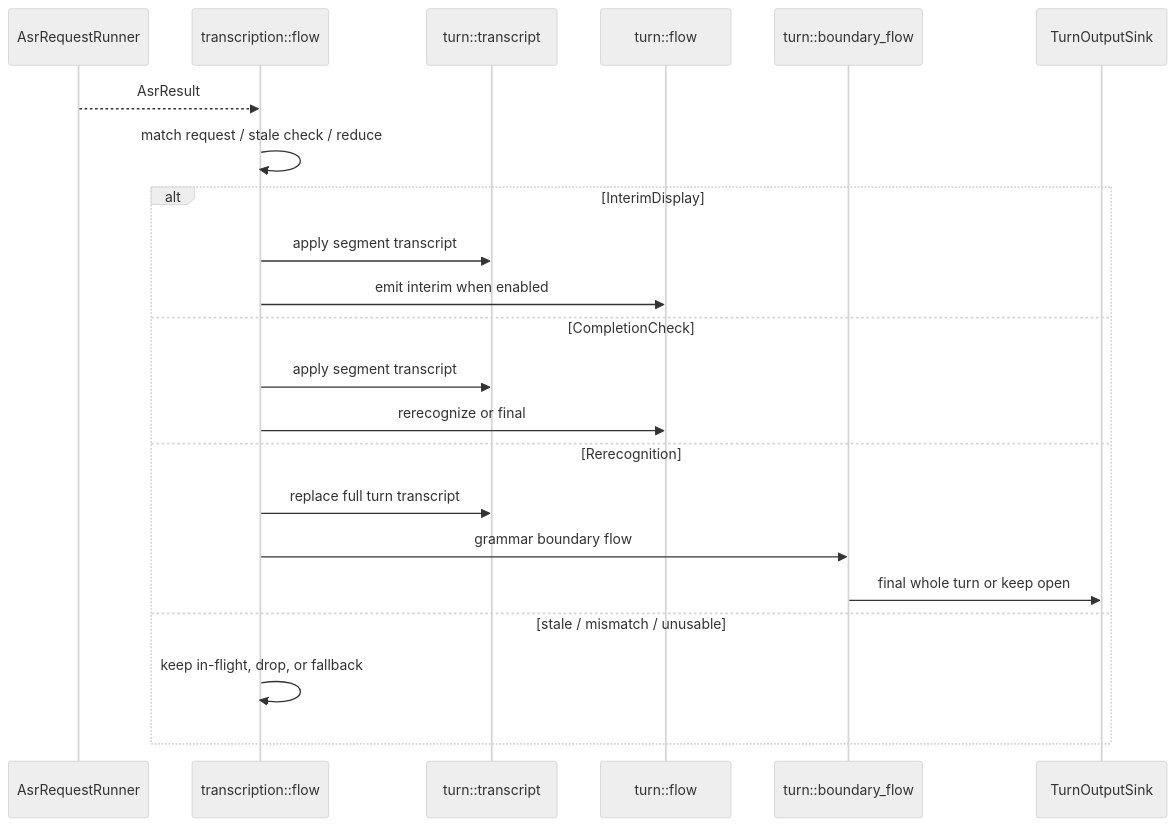
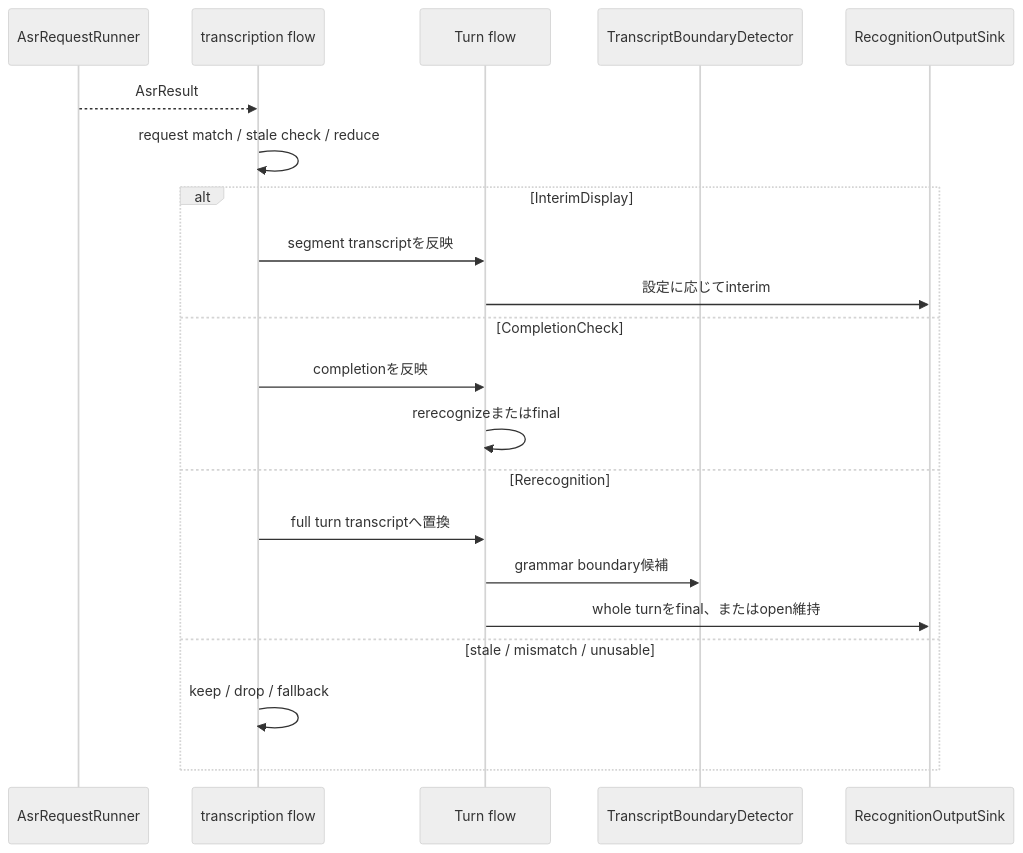
The fourth of 4 diagrams in documents/developer/architecture/03-recognition-internals.md (Parakeet-Inc/Parapper-ASR), drawn with Mermaid (neutral theme) before and after one commit. The commit also changed other lines of this file and 476 other files, not shown here.

````diff
--- a/documents/developer/architecture/03-recognition-internals.md
+++ b/documents/developer/architecture/03-recognition-internals.md
@@ -76,26 +95,24 @@
 ```mermaid
 sequenceDiagram
     participant Runner as AsrRequestRunner
-    participant Transcription as transcription::flow
-    participant Transcript as turn::transcript
-    participant TurnFlow as turn::flow
-    participant Boundary as turn::boundary_flow
-    participant Sink as TurnOutputSink
+    participant Transcription as transcription flow
+    participant Turn as Turn flow
+    participant Boundary as TranscriptBoundaryDetector
+    participant Sink as RecognitionOutputSink
 
     Runner-->>Transcription: AsrResult
-    Transcription->>Transcription: match request / stale check / reduce
-
+    Transcription->>Transcription: request match / stale check / reduce
     alt InterimDisplay
-        Transcription->>Transcript: apply segment transcript
-        Transcription->>TurnFlow: emit interim when enabled
+        Transcription->>Turn: segment transcriptを反映
+        Turn->>Sink: 設定に応じてinterim
     else CompletionCheck
-        Transcription->>Transcript: apply segment transcript
-        Transcription->>TurnFlow: rerecognize or final
+        Transcription->>Turn: completionを反映
+        Turn->>Turn: rerecognizeまたはfinal
     else Rerecognition
-        Transcription->>Transcript: replace full turn transcript
-        Transcription->>Boundary: grammar boundary flow
-        Boundary->>Sink: final whole turn or keep open
+        Transcription->>Turn: full turn transcriptへ置換
+        Turn->>Boundary: grammar boundary候補
+        Turn->>Sink: whole turnをfinal、またはopen維持
     else stale / mismatch / unusable
-        Transcription->>Transcription: keep in-flight, drop, or fallback
+        Transcription->>Transcription: keep / drop / fallback
     end
 ```
````
